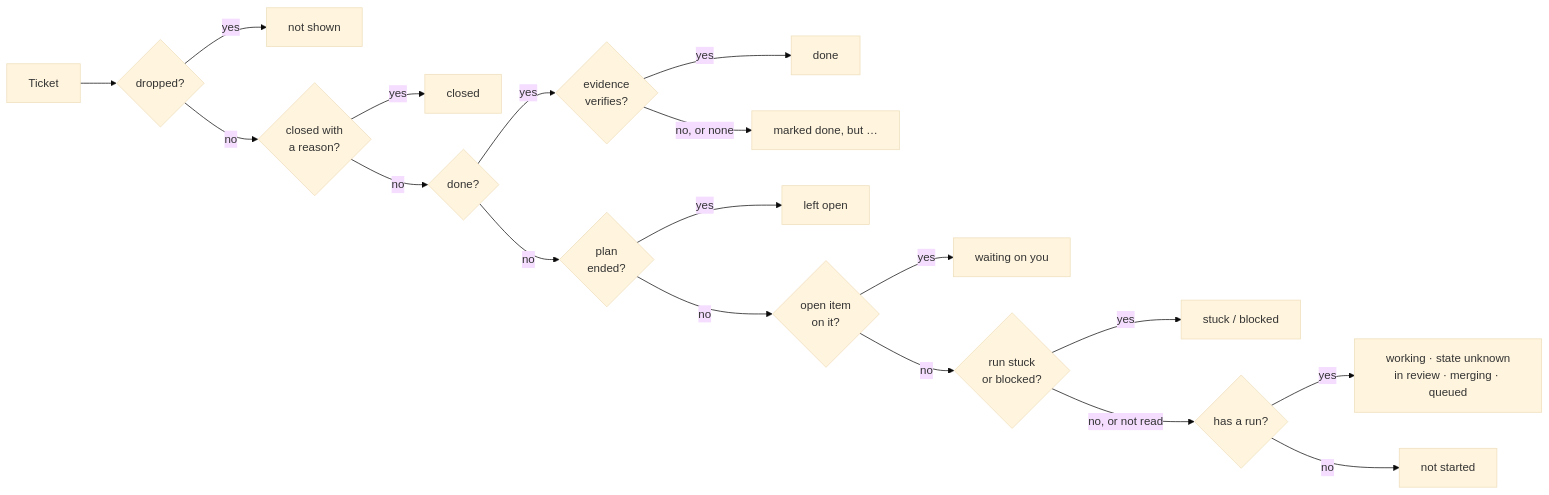
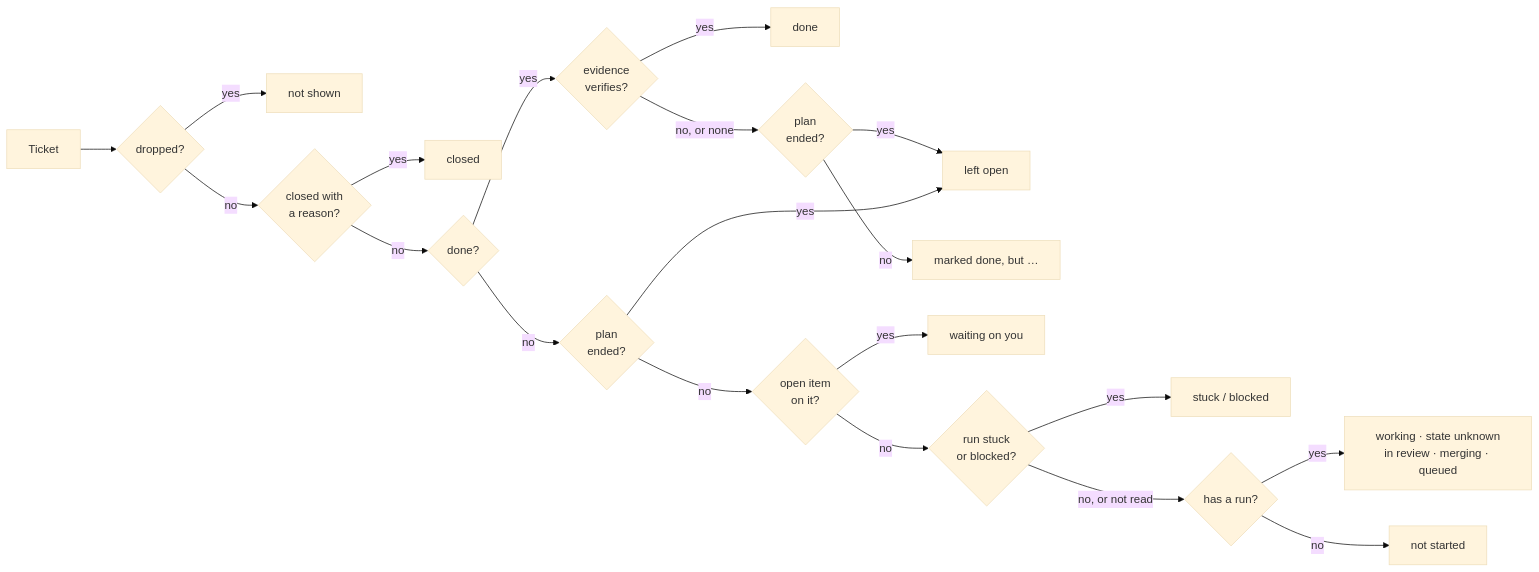
One commit to Synapsium-Labs/ccrc-pwa changed the second of 3 diagrams in docs/superpowers/specs/2026-11-16-programme-work-map-design.md. Above: the diagram before and after it, drawn with Mermaid (base theme). The commit also changed other lines of this file and 1 other file, not shown here.

First line of the commit message:
docs(plan): review 2412's three text minors on WM0 (programme work map WM1, D-8727)

````diff
--- a/docs/superpowers/specs/2026-11-16-programme-work-map-design.md
+++ b/docs/superpowers/specs/2026-11-16-programme-work-map-design.md
@@ -279,20 +279,22 @@
 ```mermaid
 flowchart LR
   T["Ticket"] --> D{"dropped?"}
   D -- "yes" --> X["not shown"]
   D -- "no" --> C{"closed with<br/>a reason?"}
   C -- "yes" --> CL["closed"]
   C -- "no" --> F{"done?"}
   F -- "yes" --> V{"evidence<br/>verifies?"}
   V -- "yes" --> OK["done"]
-  V -- "no, or none" --> MU["marked done, but …"]
+  V -- "no, or none" --> EU{"plan<br/>ended?"}
+  EU -- "yes" --> LO["left open"]
+  EU -- "no" --> MU["marked done, but …"]
   F -- "no" --> E{"plan<br/>ended?"}
-  E -- "yes" --> LO["left open"]
+  E -- "yes" --> LO
   E -- "no" --> I{"open item<br/>on it?"}
   I -- "yes" --> W["waiting on you"]
   I -- "no" --> S{"run stuck<br/>or blocked?"}
   S -- "yes" --> B["stuck / blocked"]
   S -- "no, or not read" --> R{"has a run?"}
   R -- "yes" --> P["working · state unknown<br/>in review · merging · queued"]
   R -- "no" --> N["not started"]
 ```
````
